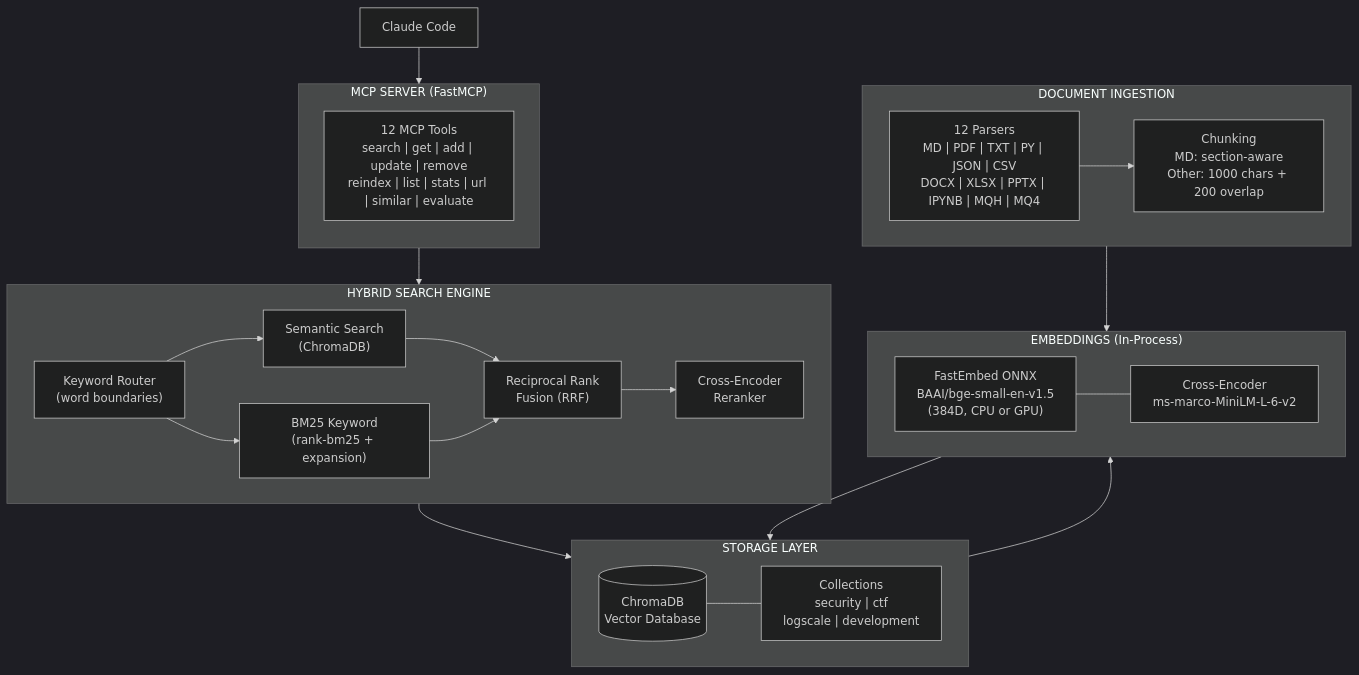
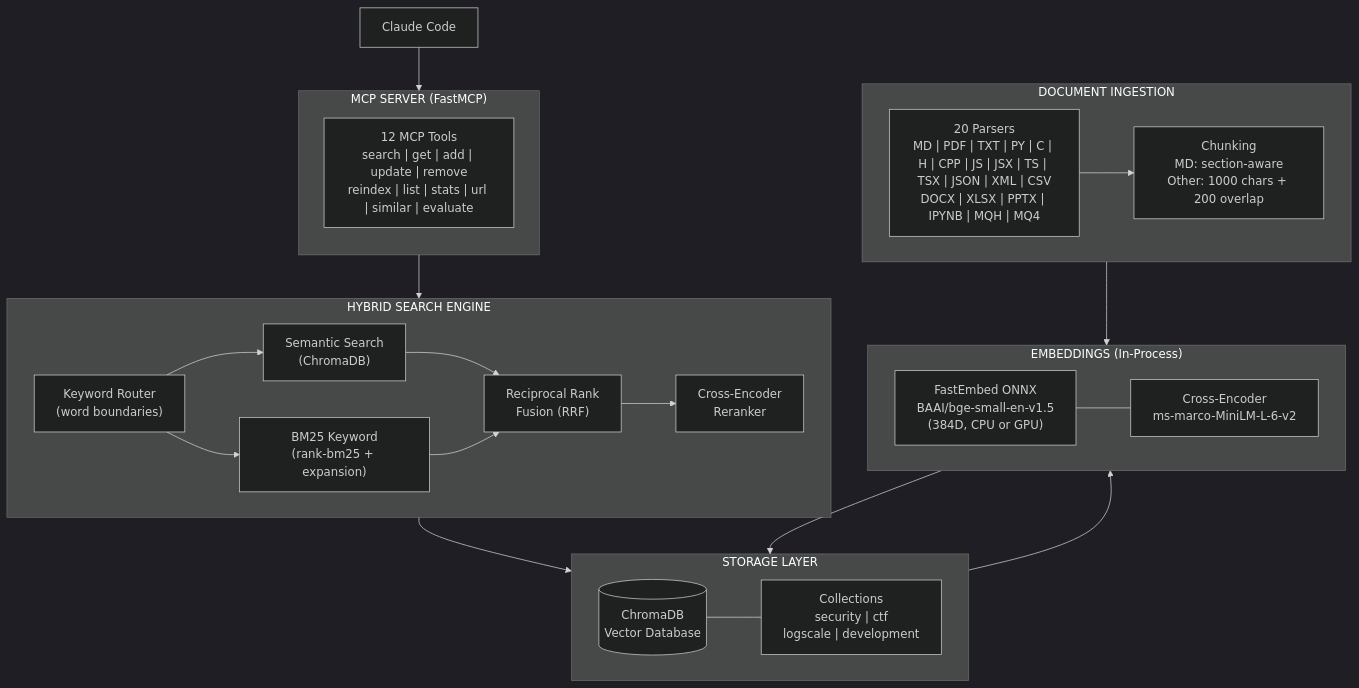
One commit to imakealol/knowledge-rag changed the first of 4 diagrams in README.md. Above: the diagram before and after it, drawn with Mermaid (dark theme). The commit also changed other lines of this file and 9 other files, not shown here.

````diff
--- a/README.md
+++ b/README.md
@@ -131,48 +139,48 @@
 ```mermaid
 flowchart TB
     subgraph MCP["MCP SERVER (FastMCP)"]
         direction TB
         TOOLS["12 MCP Tools<br/>search | get | add | update | remove<br/>reindex | list | stats | url | similar | evaluate"]
     end
 
     subgraph SEARCH["HYBRID SEARCH ENGINE"]
         direction LR
         ROUTER["Keyword Router<br/>(word boundaries)"]
         SEMANTIC["Semantic Search<br/>(ChromaDB)"]
         BM25["BM25 Keyword<br/>(rank-bm25 + expansion)"]
         RRF["Reciprocal Rank<br/>Fusion (RRF)"]
         RERANK["Cross-Encoder<br/>Reranker"]
 
         ROUTER --> SEMANTIC
         ROUTER --> BM25
         SEMANTIC --> RRF
         BM25 --> RRF
         RRF --> RERANK
     end
 
     subgraph STORAGE["STORAGE LAYER"]
         direction LR
         CHROMA[("ChromaDB<br/>Vector Database")]
         COLLECTIONS["Collections<br/>security | ctf<br/>logscale | development"]
         CHROMA --- COLLECTIONS
     end
 
     subgraph EMBED["EMBEDDINGS (In-Process)"]
         FASTEMBED["FastEmbed ONNX<br/>BAAI/bge-small-en-v1.5<br/>(384D, CPU or GPU)"]
         CROSSENC["Cross-Encoder<br/>ms-marco-MiniLM-L-6-v2"]
         FASTEMBED --- CROSSENC
     end
 
     subgraph INGEST["DOCUMENT INGESTION"]
-        PARSERS["12 Parsers<br/>MD | PDF | TXT | PY | JSON | CSV<br/>DOCX | XLSX | PPTX | IPYNB | MQH | MQ4"]
+        PARSERS["20 Parsers<br/>MD | PDF | TXT | PY | C | H | CPP | JS | JSX | TS | TSX | JSON | XML | CSV<br/>DOCX | XLSX | PPTX | IPYNB | MQH | MQ4"]
         CHUNKER["Chunking<br/>MD: section-aware<br/>Other: 1000 chars + 200 overlap"]
         PARSERS --> CHUNKER
     end
 
     CLAUDE["Claude Code"] --> MCP
     MCP --> SEARCH
     SEARCH --> STORAGE
     STORAGE --> EMBED
     INGEST --> EMBED
     EMBED --> STORAGE
 ```
````
